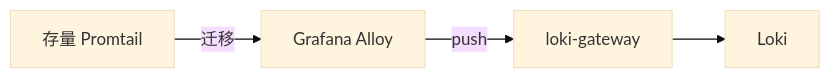
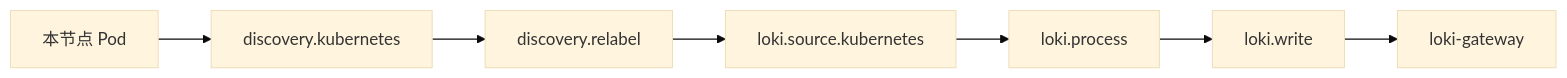
Before and after one commit to brinnatt/kubeauto: diagram 39 of 43 in docs/efk/EFK.md, drawn with Mermaid (base theme). The commit also changed other lines of this file, not shown here.

````diff
--- a/docs/efk/EFK.md
+++ b/docs/efk/EFK.md
@@ -2587,6 +2456,9 @@
 ```mermaid
 flowchart LR
-  A[存量 Promtail] -->|迁移| B[Grafana Alloy]
-  B -->|push| G[loki-gateway]
-  G --> L[Loki]
+  K8S[本节点 Pod] --> DISC[discovery.kubernetes]
+  DISC --> REL[discovery.relabel]
+  REL --> SRC[loki.source.kubernetes]
+  SRC --> PROC[loki.process]
+  PROC --> WR[loki.write]
+  WR --> GW[loki-gateway]
 ```
````
